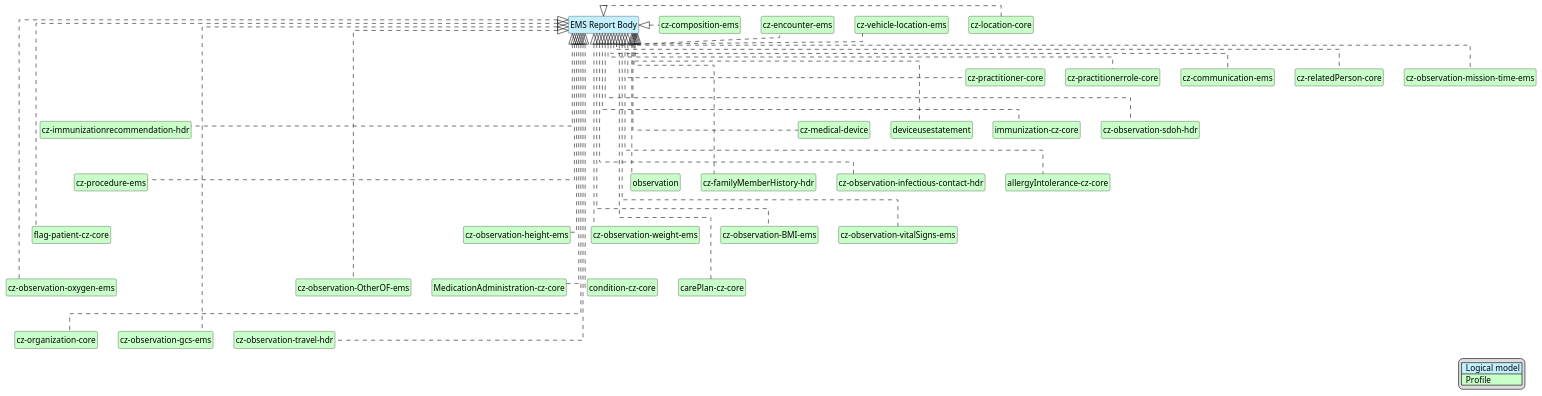
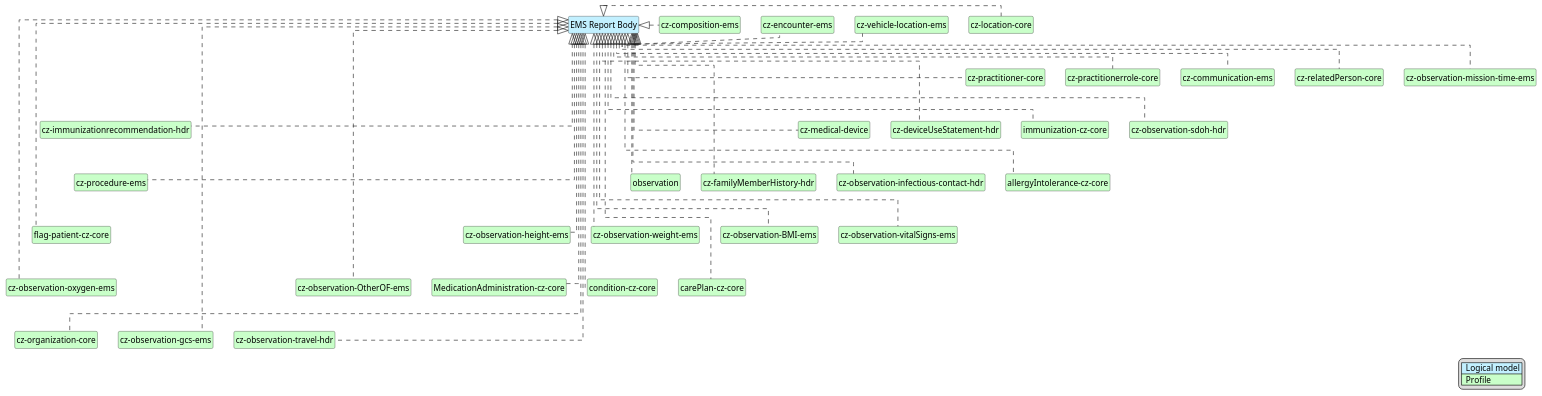
The diagram in input/images-source/emsBody-map.plantuml (HL7-cz/cz-ems), drawn with PlantUML before and after one commit. The commit also changed 19 other files, not shown here.

```diff
--- a/input/images-source/emsBody-map.plantuml
+++ b/input/images-source/emsBody-map.plantuml
@@ -1,116 +1,116 @@
 @startuml
 hide circle
 hide stereotype
 hide members
 hide methods
 skinparam linetype ortho
 skinparam class {
 BackgroundColor<<LogicalModel>> #APPLICATION
 BackgroundColor<<Profile>> #TECHNOLOGY
 }
 legend right
 | <#APPLICATION>  Logical model |
 | <#TECHNOLOGY>  Profile |
 endlegend
 
 class "EMS Report Body" <<LogicalModel>> [[StructureDefinition-EmsReportCz.html]]
 
 class "cz-composition-ems" <<Profile>> [[StructureDefinition-cz-composition-ems.html]]
 class "cz-encounter-ems" <<Profile>> [[StructureDefinition-cz-encounter-ems.html]]
 class "cz-vehicle-location-ems" <<Profile>> [[StructureDefinition-cz-vehicle-location-ems.html]]
 class "cz-location-core" <<Profile>> [[https://build.fhir.org/ig/HL7-cz/cz-core/StructureDefinition-cz-location-core.html]]
 class "cz-practitioner-core" <<Profile>> [[https://build.fhir.org/ig/HL7-cz/cz-core/StructureDefinition-cz-practitioner-core.html]]
 class "cz-practitionerrole-core" <<Profile>> [[https://build.fhir.org/ig/HL7-cz/cz-core/StructureDefinition-cz-practitionerrole-core.html]]
 class "cz-communication-ems" <<Profile>> [[StructureDefinition-cz-communication-ems.html]]
 class "cz-relatedPerson-core" <<Profile>> [[https://build.fhir.org/ig/HL7-cz/cz-core/StructureDefinition-cz-relatedPerson-core.html]]
 class "cz-observation-mission-time-ems" <<Profile>> [[StructureDefinition-cz-observation-mission-time-ems.html]]
 class "cz-immunizationrecommendation-hdr" <<Profile>> [[https://build.fhir.org/ig/HL7-cz/hdr/StructureDefinition-cz-immunizationrecommendation-hdr.html]]
 class "cz-medical-device" <<Profile>> [[https://build.fhir.org/ig/HL7-cz/cz-core/StructureDefinition-cz-medical-device.html]]
-class "deviceusestatement" <<Profile>> [[https://hl7.org/fhir/R4/deviceusestatement.html]]
+class "cz-deviceUseStatement-hdr" <<Profile>> [[https://build.fhir.org/ig/HL7-cz/hdr/StructureDefinition-cz-deviceUseStatement-hdr.html]]
 class "immunization-cz-core" <<Profile>> [[https://build.fhir.org/ig/HL7-cz/cz-core/StructureDefinition-immunization-cz-core.html]]
 class "cz-observation-sdoh-hdr" <<Profile>> [[https://build.fhir.org/ig/HL7-cz/hdr/StructureDefinition-cz-observation-sdoh-hdr.html]]
 class "cz-procedure-ems" <<Profile>> [[StructureDefinition-cz-procedure-ems.html]]
 class "observation" <<Profile>> [[https://hl7.org/fhir/R4/observation.html]]
 class "cz-familyMemberHistory-hdr" <<Profile>> [[https://build.fhir.org/ig/HL7-cz/hdr/StructureDefinition-cz-familyMemberHistory-hdr.html]]
 class "cz-observation-infectious-contact-hdr" <<Profile>> [[https://build.fhir.org/ig/HL7-cz/hdr/StructureDefinition-cz-observation-infectious-contact-hdr.html]]
 class "allergyIntolerance-cz-core" <<Profile>> [[https://build.fhir.org/ig/HL7-cz/cz-core/StructureDefinition-allergyIntolerance-cz-core.html]]
 class "flag-patient-cz-core" <<Profile>> [[https://build.fhir.org/ig/HL7-cz/cz-core/StructureDefinition-flag-patient-cz-core.html]]
 class "cz-observation-height-ems" <<Profile>> [[StructureDefinition-cz-observation-height-ems.html]]
 class "cz-observation-weight-ems" <<Profile>> [[StructureDefinition-cz-observation-weight-ems.html]]
 class "cz-observation-BMI-ems" <<Profile>> [[StructureDefinition-cz-observation-BMI-ems.html]]
 class "cz-observation-vitalSigns-ems" <<Profile>> [[StructureDefinition-cz-observation-vitalSigns-ems.html]]
 class "cz-observation-oxygen-ems" <<Profile>> [[StructureDefinition-cz-observation-oxygen-ems.html]]
 class "cz-observation-OtherOF-ems" <<Profile>> [[StructureDefinition-cz-observation-OtherOF-ems.html]]
 class "MedicationAdministration-cz-core" <<Profile>> [[https://build.fhir.org/ig/HL7-cz/cz-core/StructureDefinition-MedicationAdministration-cz-core.html]]
 class "condition-cz-core" <<Profile>> [[https://build.fhir.org/ig/HL7-cz/cz-core/StructureDefinition-condition-cz-core.html]]
 class "carePlan-cz-core" <<Profile>> [[https://build.fhir.org/ig/HL7-cz/cz-core/StructureDefinition-carePlan-cz-core.html]]
 class "cz-organization-core" <<Profile>> [[https://build.fhir.org/ig/HL7-cz/cz-core/StructureDefinition-cz-organization-core.html]]
 class "cz-observation-gcs-ems" <<Profile>> [[StructureDefinition-cz-observation-gcs-ems.html]]
 class "cz-observation-travel-hdr" <<Profile>> [[https://build.fhir.org/ig/HL7-cz/hdr/StructureDefinition-cz-observation-travel-hdr.html]]
 
 "EMS Report Body" <|. "cz-composition-ems"
 "EMS Report Body" <|. "cz-encounter-ems"
 "EMS Report Body" <|. "cz-vehicle-location-ems"
 "EMS Report Body" <|. "cz-location-core"
 "EMS Report Body" <|. "cz-practitioner-core"
 "EMS Report Body" <|. "cz-practitionerrole-core"
 "EMS Report Body" <|. "cz-communication-ems"
 "EMS Report Body" <|. "cz-relatedPerson-core"
 "EMS Report Body" <|. "cz-observation-mission-time-ems"
 "EMS Report Body" <|. "cz-immunizationrecommendation-hdr"
 "EMS Report Body" <|. "cz-medical-device"
-"EMS Report Body" <|. "deviceusestatement"
+"EMS Report Body" <|. "cz-deviceUseStatement-hdr"
 "EMS Report Body" <|. "immunization-cz-core"
 "EMS Report Body" <|. "cz-observation-sdoh-hdr"
 "EMS Report Body" <|. "cz-procedure-ems"
 "EMS Report Body" <|. "observation"
 "EMS Report Body" <|. "cz-familyMemberHistory-hdr"
 "EMS Report Body" <|. "cz-observation-infectious-contact-hdr"
 "EMS Report Body" <|. "allergyIntolerance-cz-core"
 "EMS Report Body" <|. "flag-patient-cz-core"
 "EMS Report Body" <|. "cz-observation-height-ems"
 "EMS Report Body" <|. "cz-observation-weight-ems"
 "EMS Report Body" <|. "cz-observation-BMI-ems"
 "EMS Report Body" <|. "cz-observation-vitalSigns-ems"
 "EMS Report Body" <|. "cz-observation-oxygen-ems"
 "EMS Report Body" <|. "cz-observation-OtherOF-ems"
 "EMS Report Body" <|. "MedicationAdministration-cz-core"
 "EMS Report Body" <|. "condition-cz-core"
 "EMS Report Body" <|. "carePlan-cz-core"
 "EMS Report Body" <|. "cz-organization-core"
 "EMS Report Body" <|. "cz-observation-gcs-ems"
 "EMS Report Body" <|. "cz-observation-travel-hdr"
 
 "cz-composition-ems" -r[hidden]-> "cz-encounter-ems"
 "cz-encounter-ems" -r[hidden]-> "cz-vehicle-location-ems"
 "cz-vehicle-location-ems" -r[hidden]-> "cz-location-core"
 "cz-composition-ems" -d[hidden]-> "cz-practitioner-core"
 "cz-practitioner-core" -r[hidden]-> "cz-practitionerrole-core"
 "cz-practitionerrole-core" -r[hidden]-> "cz-communication-ems"
 "cz-communication-ems" -r[hidden]-> "cz-relatedPerson-core"
 "cz-relatedPerson-core" -r[hidden]-> "cz-observation-mission-time-ems"
 "cz-practitioner-core" -d[hidden]-> "cz-immunizationrecommendation-hdr"
 "cz-immunizationrecommendation-hdr" -r[hidden]-> "cz-medical-device"
-"cz-medical-device" -r[hidden]-> "deviceusestatement"
-"deviceusestatement" -r[hidden]-> "immunization-cz-core"
+"cz-medical-device" -r[hidden]-> "cz-deviceUseStatement-hdr"
+"cz-deviceUseStatement-hdr" -r[hidden]-> "immunization-cz-core"
 "immunization-cz-core" -r[hidden]-> "cz-observation-sdoh-hdr"
 "cz-immunizationrecommendation-hdr" -d[hidden]-> "cz-procedure-ems"
 "cz-procedure-ems" -r[hidden]-> "observation"
 "observation" -r[hidden]-> "cz-familyMemberHistory-hdr"
 "cz-familyMemberHistory-hdr" -r[hidden]-> "cz-observation-infectious-contact-hdr"
 "cz-observation-infectious-contact-hdr" -r[hidden]-> "allergyIntolerance-cz-core"
 "cz-procedure-ems" -d[hidden]-> "flag-patient-cz-core"
 "flag-patient-cz-core" -r[hidden]-> "cz-observation-height-ems"
 "cz-observation-height-ems" -r[hidden]-> "cz-observation-weight-ems"
 "cz-observation-weight-ems" -r[hidden]-> "cz-observation-BMI-ems"
 "cz-observation-BMI-ems" -r[hidden]-> "cz-observation-vitalSigns-ems"
 "flag-patient-cz-core" -d[hidden]-> "cz-observation-oxygen-ems"
 "cz-observation-oxygen-ems" -r[hidden]-> "cz-observation-OtherOF-ems"
 "cz-observation-OtherOF-ems" -r[hidden]-> "MedicationAdministration-cz-core"
 "MedicationAdministration-cz-core" -r[hidden]-> "condition-cz-core"
 "condition-cz-core" -r[hidden]-> "carePlan-cz-core"
 "cz-observation-oxygen-ems" -d[hidden]-> "cz-organization-core"
 "cz-organization-core" -r[hidden]-> "cz-observation-gcs-ems"
 "cz-observation-gcs-ems" -r[hidden]-> "cz-observation-travel-hdr"
 "cz-location-core" -r[hidden]-> "cz-practitioner-core"
 @enduml
```
